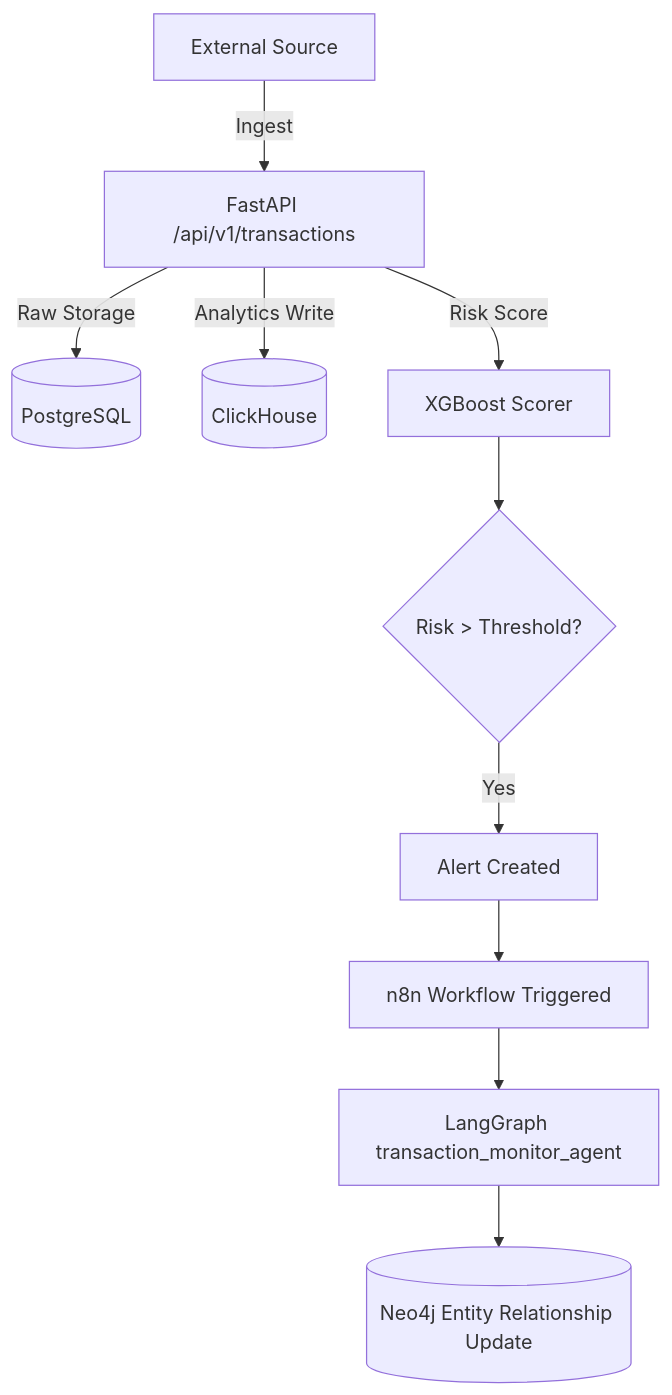
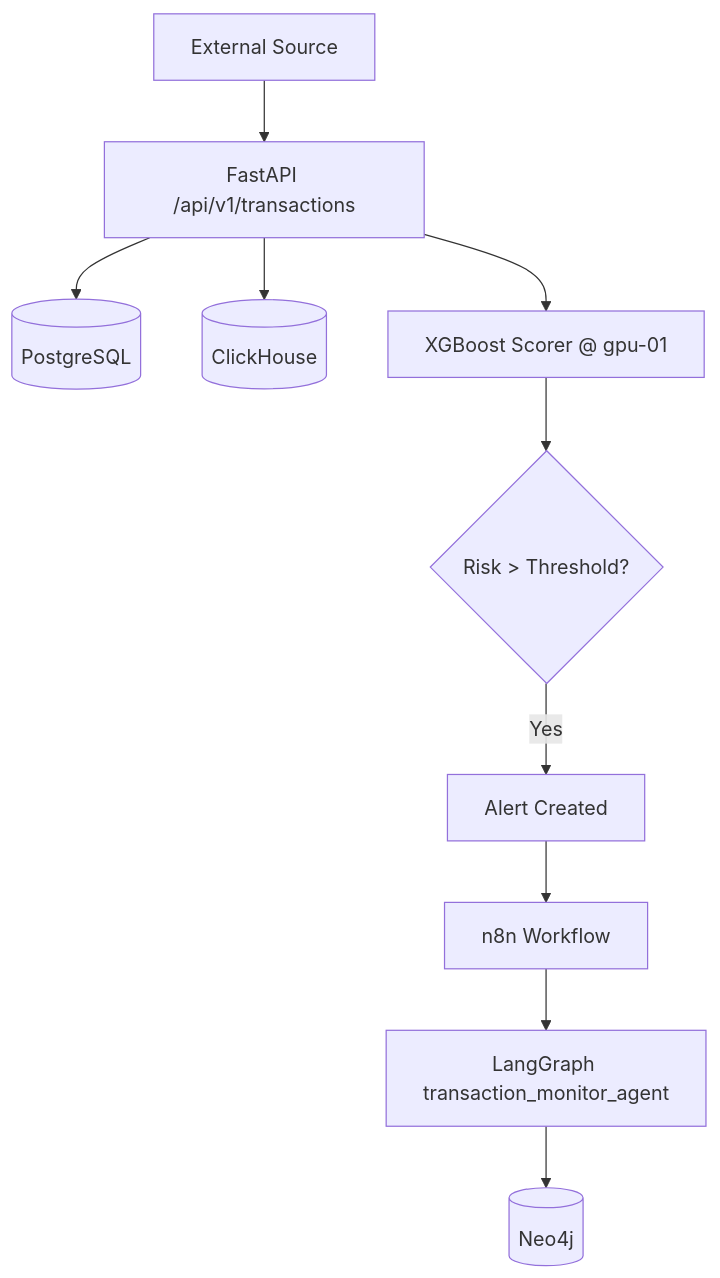
The second of 5 diagrams in goAML-V2-PROJECT-OVERVIEW.md (zeshaq/goaml-v2), drawn with Mermaid before and after one commit. The commit also changed other lines of this file and 101 other files, not shown here.

````diff
--- a/goAML-V2-PROJECT-OVERVIEW.md
+++ b/goAML-V2-PROJECT-OVERVIEW.md
@@ -355,12 +368,12 @@
 ```mermaid
 flowchart TD
-    EXT[External Source] -->|Ingest| API[FastAPI /api/v1/transactions]
-    API -->|Raw Storage| PG[(PostgreSQL)]
-    API -->|Analytics Write| CH[(ClickHouse)]
-    API -->|Risk Score| XGB[XGBoost Scorer]
-    XGB --> COND{Risk > Threshold?}
-    COND -->|Yes| ALERT[Alert Created]
-    ALERT --> N8N[n8n Workflow Triggered]
-    N8N --> LG[LangGraph transaction_monitor_agent]
-    LG --> NEO[(Neo4j Entity Relationship Update)]
+    EXT["External Source"] --> API["FastAPI /api/v1/transactions"]
+    API --> PG[(PostgreSQL)]
+    API --> CH[(ClickHouse)]
+    API --> XGB["XGBoost Scorer @ gpu-01"]
+    XGB --> COND{"Risk > Threshold?"}
+    COND -->|Yes| ALERT["Alert Created"]
+    ALERT --> N8N["n8n Workflow"]
+    N8N --> LG["LangGraph transaction_monitor_agent"]
+    LG --> NEO[(Neo4j)]
 ```
````
